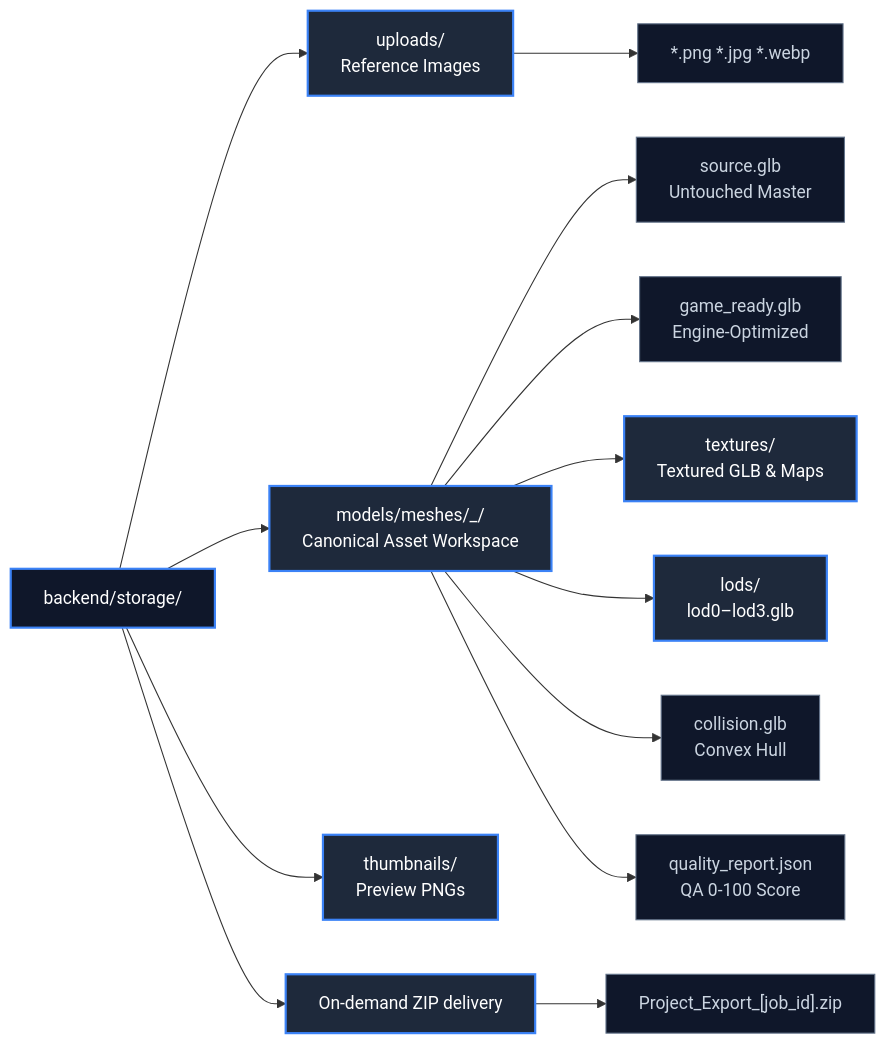
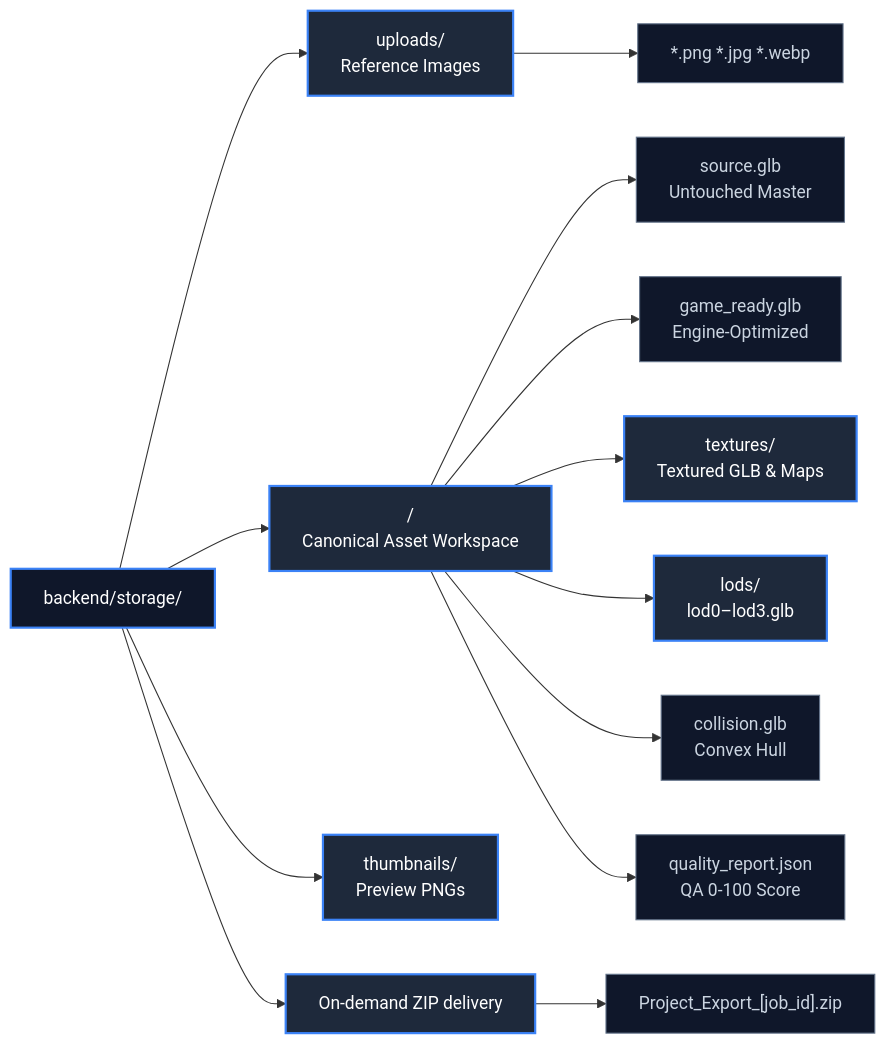
One commit to Silentzx2/ForMesh3D changed the fifth of 7 diagrams in Docs/ARCHITECTURE.md. Above: the diagram before and after it, drawn with Mermaid. The commit also changed other lines of this file and 20 other files, not shown here.

````diff
--- a/Docs/ARCHITECTURE.md
+++ b/Docs/ARCHITECTURE.md
@@ -460,22 +471,22 @@
 ```mermaid
 flowchart LR
     classDef dir fill:#1e293b,stroke:#3b82f6,stroke-width:2px,color:#fff
     classDef file fill:#0f172a,stroke:#64748b,stroke-width:1px,color:#cbd5e1
 
     ROOT["backend/storage/"]:::dir --> UPLOADS["uploads/<br/>Reference Images"]:::dir
-    ROOT --> MODELS["models/meshes/<asset_name>_<job_id>/<br/>Canonical Asset Workspace"]:::dir
+    ROOT --> MODELS["<workspace_id>/<br/>Canonical Asset Workspace"]:::dir
     ROOT --> THUMBS["thumbnails/<br/>Preview PNGs"]:::dir
     ROOT --> DELIVERY["On-demand ZIP delivery"]:::dir
 
     MODELS --> SRC["source.glb<br/>Untouched Master"]:::file
     MODELS --> GAME["game_ready.glb<br/>Engine-Optimized"]:::file
     MODELS --> TEX["textures/<br/>Textured GLB & Maps"]:::dir
     MODELS --> LODS["lods/<br/>lod0–lod3.glb"]:::dir
     MODELS --> COL["collision.glb<br/>Convex Hull"]:::file
     MODELS --> QA["quality_report.json<br/>QA 0-100 Score"]:::file
 
     UPLOADS --> IMG["*.png *.jpg *.webp"]:::file
     DELIVERY --> ZIP["Project_Export_[job_id].zip"]:::file
 
     style ROOT fill:#0f172a
 ```
````
